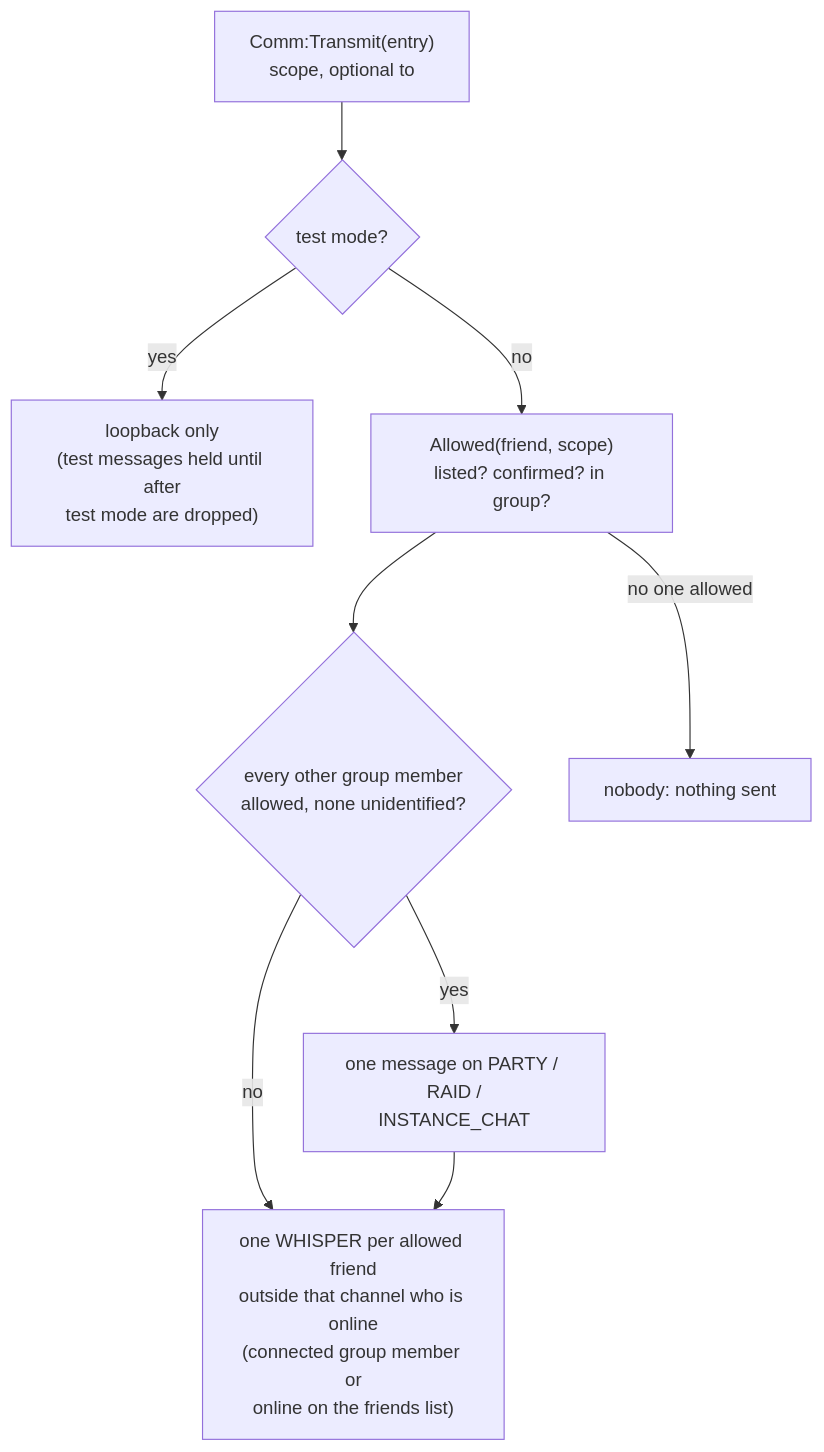
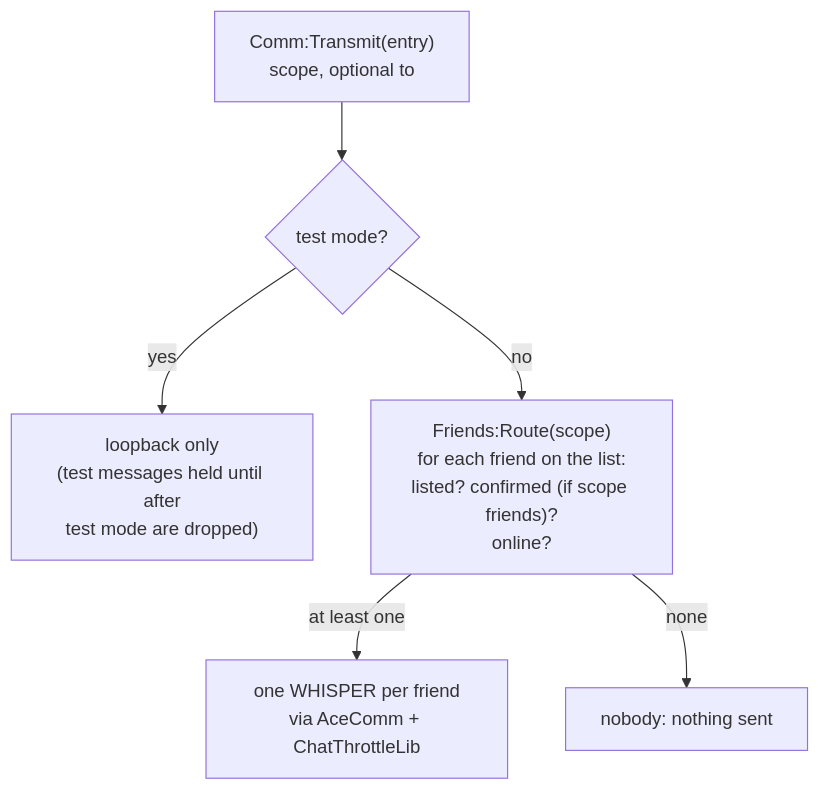
One commit to snoopjust/LooserPiml changed the fourth of 7 diagrams in ARCHITECTURE.md. Above: the diagram before and after it, drawn with Mermaid. The commit also changed other lines of this file and 2 other files, not shown here.

First line of the commit message:
Docs: circle of friends as the core unit, whisper-only transport

````diff
--- a/ARCHITECTURE.md
+++ b/ARCHITECTURE.md
@@ -235,18 +244,14 @@
 ```mermaid
 flowchart TB
     MSG["Comm:Transmit(entry)<br/>scope, optional to"]
     TEST{"test mode?"}
     LOOP["loopback only<br/>(test messages held until after<br/>test mode are dropped)"]
-    ALLOWED["Allowed(friend, scope)<br/>listed? confirmed? in group?"]
-    GROUPOK{"every other group member<br/>allowed, none unidentified?"}
-    CH["one message on PARTY / RAID /<br/>INSTANCE_CHAT"]
-    WH["one WHISPER per allowed friend<br/>outside that channel who is online<br/>(connected group member or<br/>online on the friends list)"]
+    ROUTE["Friends:Route(scope)<br/>for each friend on the list:<br/>listed? confirmed (if scope friends)?<br/>online?"]
+    WH["one WHISPER per friend<br/>via AceComm + ChatThrottleLib"]
     NOBODY["nobody: nothing sent"]
     MSG --> TEST
     TEST -->|yes| LOOP
-    TEST -->|no| ALLOWED --> GROUPOK
-    GROUPOK -->|yes| CH
-    GROUPOK -->|no| WH
-    CH --> WH
-    ALLOWED -->|no one allowed| NOBODY
+    TEST -->|no| ROUTE
+    ROUTE -->|at least one| WH
+    ROUTE -->|none| NOBODY
 ```
````
